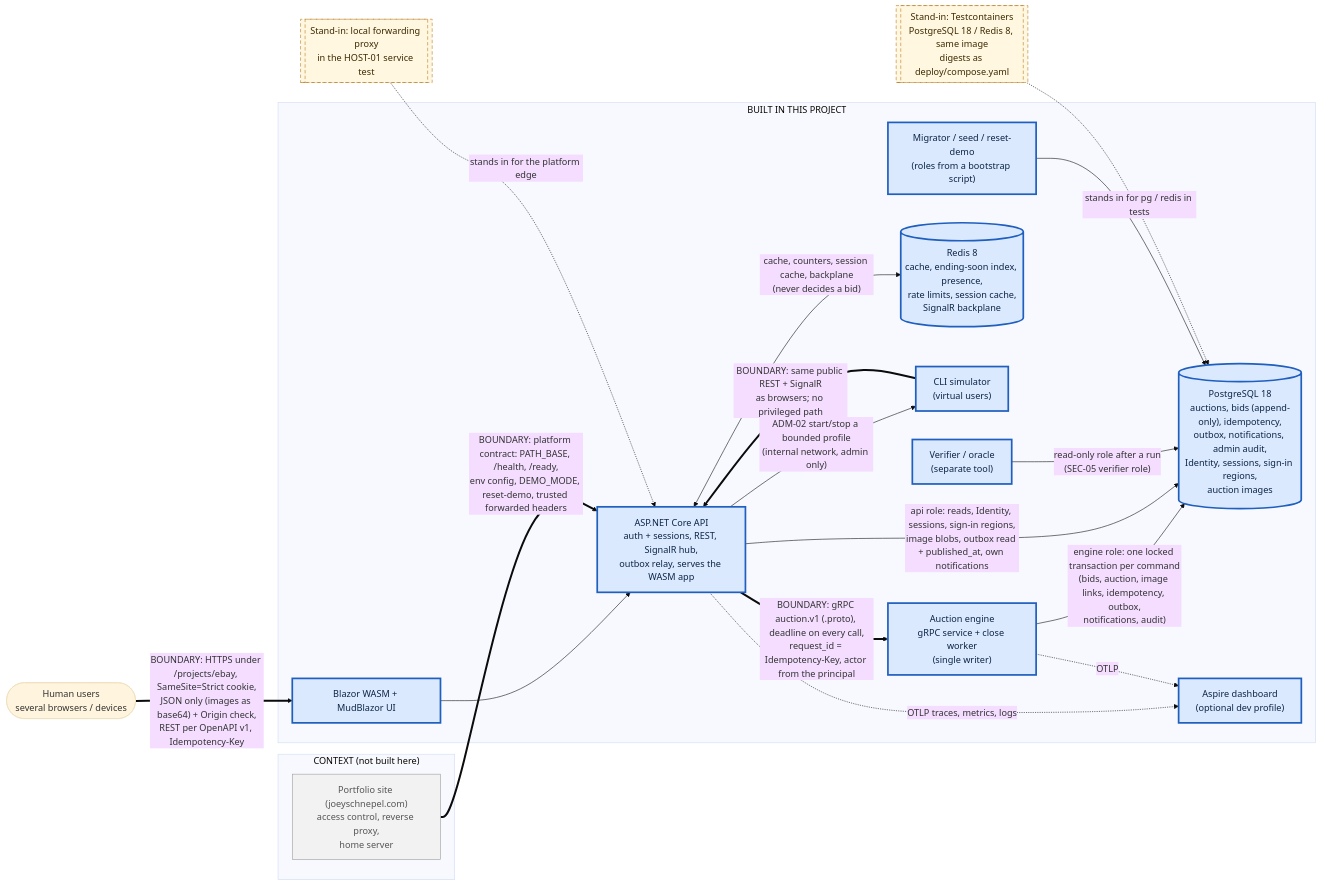
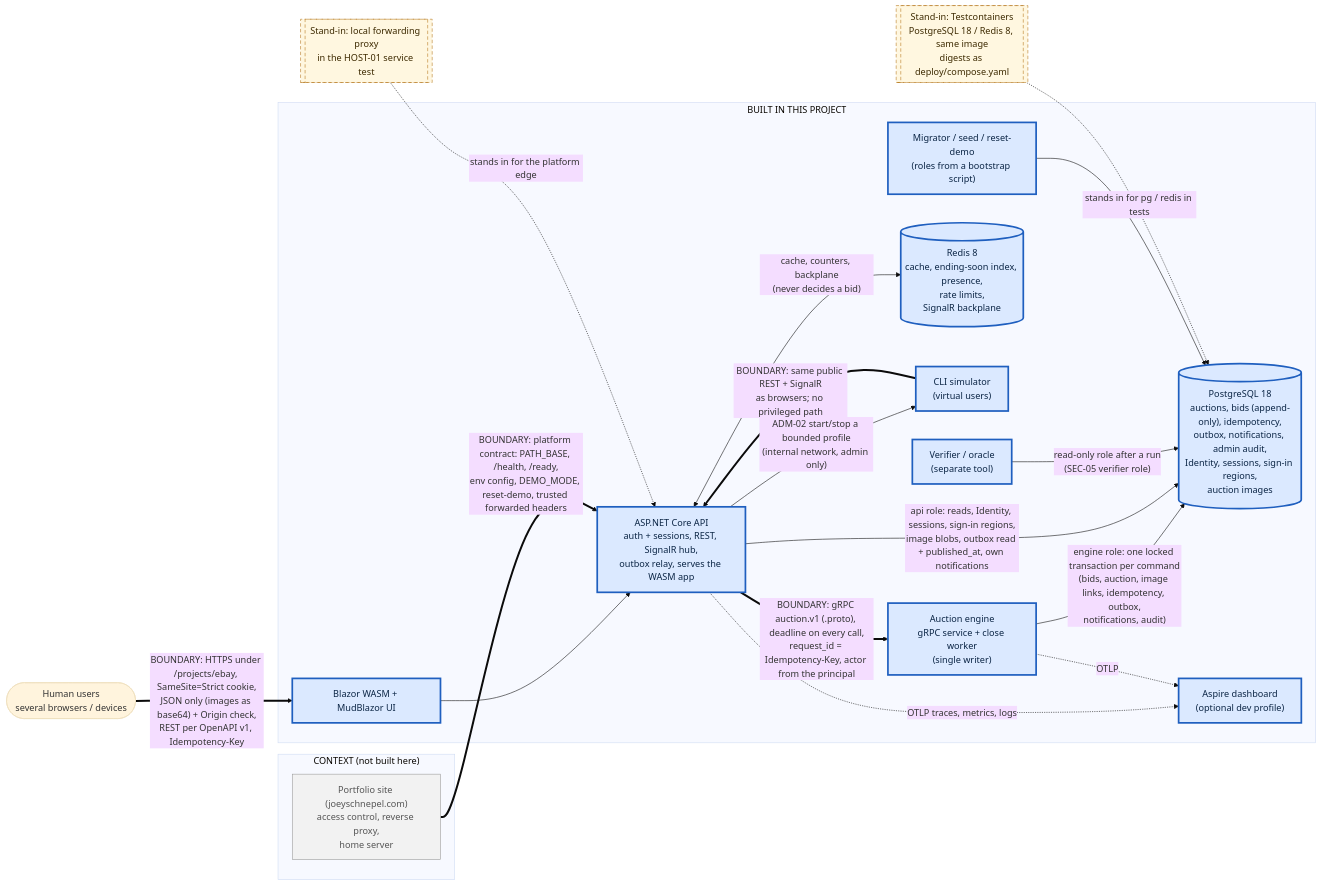
One commit to jschnepel/ebay changed the first of 3 diagrams in docs/architecture.md. Above: the diagram before and after it, drawn with Mermaid (base theme). The commit also changed other lines of this file and 4 other files, not shown here.

````diff
--- a/docs/architecture.md
+++ b/docs/architecture.md
@@ -18,43 +18,43 @@
 ```mermaid
 flowchart LR
   users([Human users<br/>several browsers / devices])
   subgraph mine["BUILT IN THIS PROJECT"]
     web["Blazor WASM + MudBlazor UI"]
     api["ASP.NET Core API<br/>auth + sessions, REST, SignalR hub,<br/>outbox relay, serves the WASM app"]
     engine["Auction engine<br/>gRPC service + close worker<br/>(single writer)"]
     pg[("PostgreSQL 18<br/>auctions, bids (append-only), idempotency,<br/>outbox, notifications, admin audit,<br/>Identity, sessions, sign-in regions,<br/>auction images")]
-    redis[("Redis 8<br/>cache, ending-soon index, presence,<br/>rate limits, session cache,<br/>SignalR backplane")]
+    redis[("Redis 8<br/>cache, ending-soon index, presence,<br/>rate limits,<br/>SignalR backplane")]
     sim["CLI simulator<br/>(virtual users)"]
     verifier["Verifier / oracle<br/>(separate tool)"]
     migr["Migrator / seed / reset-demo<br/>(roles from a bootstrap script)"]
     otel["Aspire dashboard<br/>(optional dev profile)"]
   end
   subgraph ctx["CONTEXT (not built here)"]
     platform["Portfolio site (joeyschnepel.com)<br/>access control, reverse proxy,<br/>home server"]
   end
   tc[["Stand-in: Testcontainers<br/>PostgreSQL 18 / Redis 8, same image<br/>digests as deploy/compose.yaml"]]
   proxy[["Stand-in: local forwarding proxy<br/>in the HOST-01 service test"]]
 
   users ==>|"BOUNDARY: HTTPS under /projects/ebay, SameSite=Strict cookie,<br/>JSON only (images as base64) + Origin check,<br/>REST per OpenAPI v1, Idempotency-Key"| web
   web --> api
   sim ==>|"BOUNDARY: same public REST + SignalR<br/>as browsers; no privileged path"| api
   api -->|"ADM-02 start/stop a bounded profile<br/>(internal network, admin only)"| sim
   api ==>|"BOUNDARY: gRPC auction.v1 (.proto), deadline on every call,<br/>request_id = Idempotency-Key, actor from the principal"| engine
   engine -->|"engine role: one locked transaction per command<br/>(bids, auction, image links, idempotency, outbox,<br/>notifications, audit)"| pg
   api -->|"api role: reads, Identity, sessions, sign-in regions,<br/>image blobs, outbox read + published_at, own notifications"| pg
   verifier -->|"read-only role after a run<br/>(SEC-05 verifier role)"| pg
-  api <-->|"cache, counters, session cache, backplane<br/>(never decides a bid)"| redis
+  api <-->|"cache, counters, backplane<br/>(never decides a bid)"| redis
   api -.->|"OTLP traces, metrics, logs"| otel
   engine -.->|"OTLP"| otel
   migr --> pg
   platform ==>|"BOUNDARY: platform contract: PATH_BASE, /health, /ready,<br/>env config, DEMO_MODE, reset-demo, trusted forwarded headers"| api
   tc -.->|"stands in for pg / redis in tests"| pg
   proxy -.->|"stands in for the platform edge"| api
 
   classDef me fill:#dbe9ff,stroke:#1f5fbf,stroke-width:3px,color:#0b2545
   classDef ctxn fill:#f2f2f2,stroke:#9a9a9a,color:#555
   classDef stand fill:#fff7e0,stroke:#b7791f,stroke-dasharray:6 4,color:#3d2a00
   class web,api,engine,pg,redis,sim,verifier,migr,otel me
   class platform ctxn
   class tc,proxy stand
 ```
````
